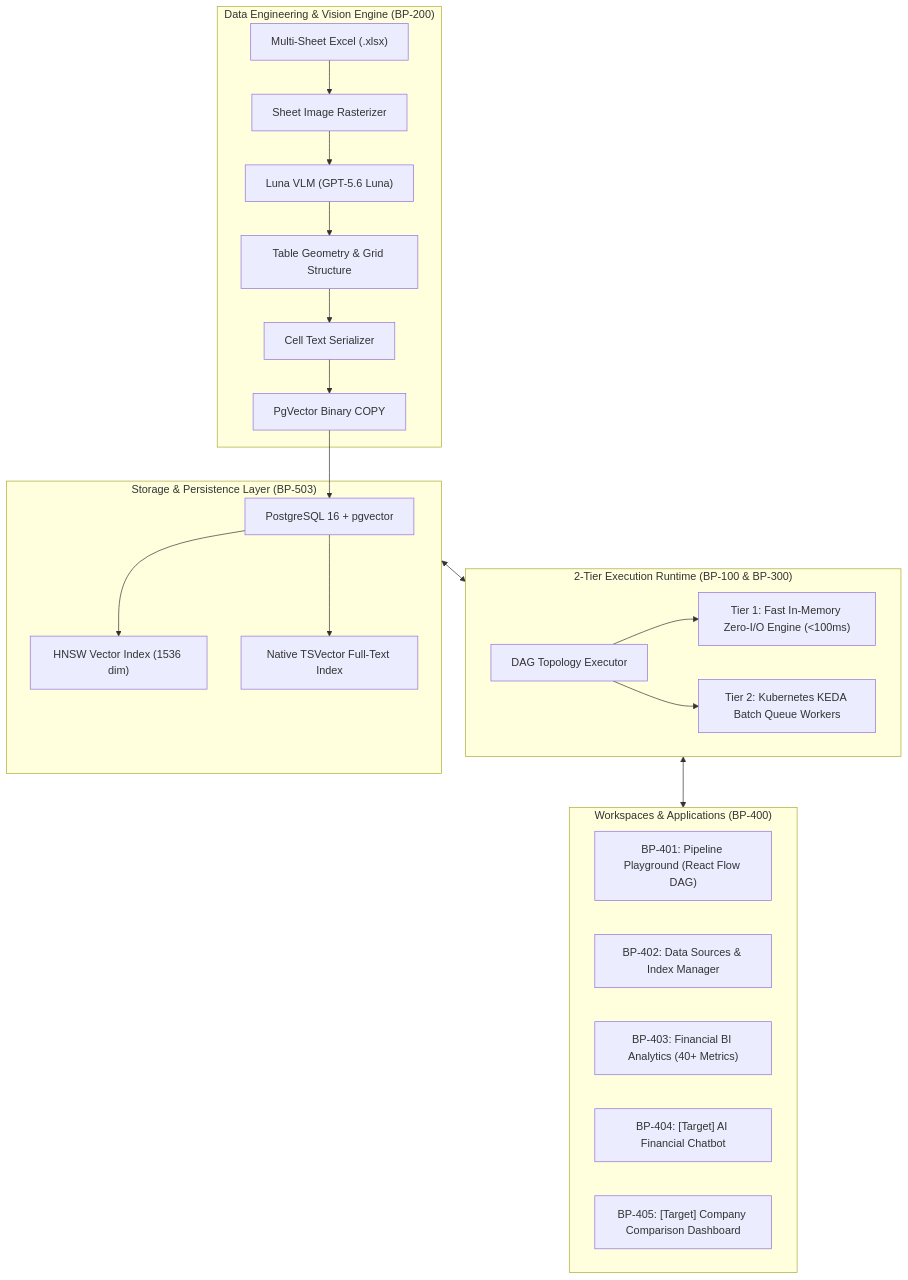
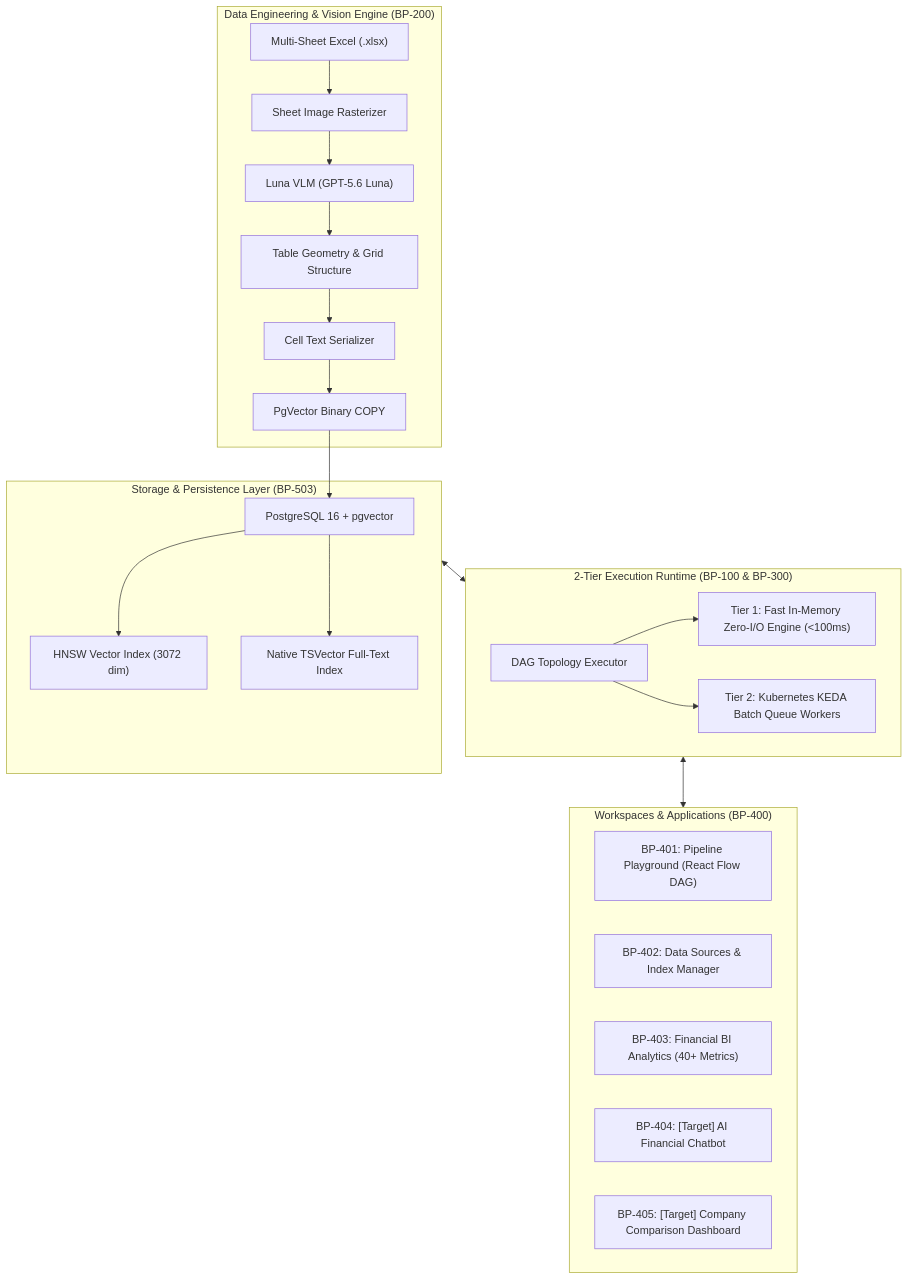
Before and after one commit to bist-mini-final/bist-mini-final: the first of 2 diagrams in docs/README.md, drawn with Mermaid. The commit also changed 6 other files, not shown here.

````diff
--- a/docs/README.md
+++ b/docs/README.md
@@ -13,35 +13,35 @@
 ```mermaid
 flowchart TD
     subgraph DataEngine ["Data Engineering & Vision Engine (BP-200)"]
         EXCEL["Multi-Sheet Excel (.xlsx)"] --> RENDER["Sheet Image Rasterizer"]
         RENDER --> VLM["Luna VLM (GPT-5.6 Luna)"]
         VLM --> STRUCT["Table Geometry & Grid Structure"]
         STRUCT --> SERIAL["Cell Text Serializer"]
         SERIAL --> BCP["PgVector Binary COPY"]
     end
 
     subgraph Storage ["Storage & Persistence Layer (BP-503)"]
         BCP --> PG["PostgreSQL 16 + pgvector"]
-        PG --> HNSW["HNSW Vector Index (1536 dim)"]
+        PG --> HNSW["HNSW Vector Index (3072 dim)"]
         PG --> FTS["Native TSVector Full-Text Index"]
     end
 
     subgraph Engine ["2-Tier Execution Runtime (BP-100 & BP-300)"]
         DAG["DAG Topology Executor"]
         FAST["Tier 1: Fast In-Memory Zero-I/O Engine (<100ms)"]
         DIST["Tier 2: Kubernetes KEDA Batch Queue Workers"]
         DAG --> FAST
         DAG --> DIST
     end
 
     subgraph Workspaces ["Workspaces & Applications (BP-400)"]
         WS1["BP-401: Pipeline Playground (React Flow DAG)"]
         WS2["BP-402: Data Sources & Index Manager"]
         WS3["BP-403: Financial BI Analytics (40+ Metrics)"]
         WS4["BP-404: [Target] AI Financial Chatbot"]
         WS5["BP-405: [Target] Company Comparison Dashboard"]
     end
 
     Storage <--> Engine
     Engine <--> Workspaces
 ```
````
